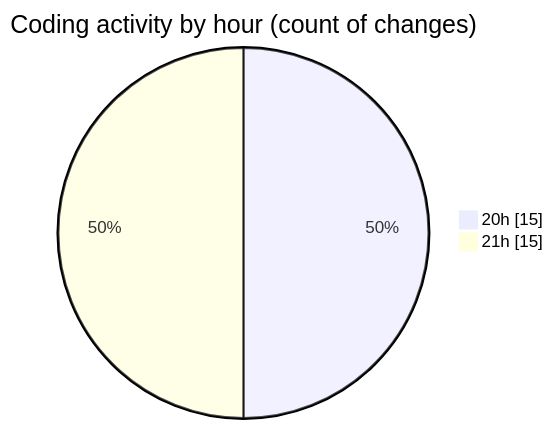
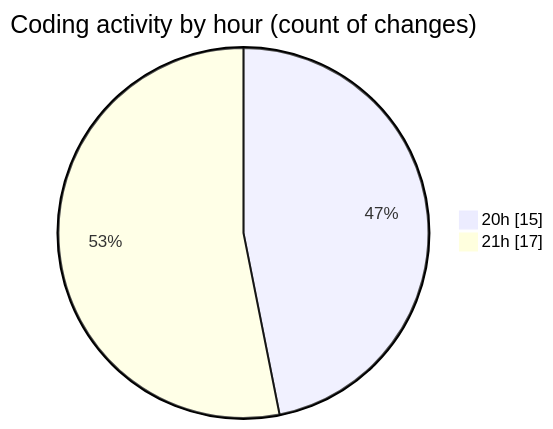
Before and after one commit to Netris89/code-tracking: the second of 2 diagrams in 2025-05-02/date/README.md, drawn with Mermaid. The commit also changed other lines of this file and 1 other file, not shown here.

````diff
--- a/2025-05-02/date/README.md
+++ b/2025-05-02/date/README.md
@@ -32,6 +34,6 @@
 ```mermaid
 pie showData
 title Coding activity by hour (count of changes)
 "20h" : 15
-"21h" : 15
+"21h" : 17
 ```
````
